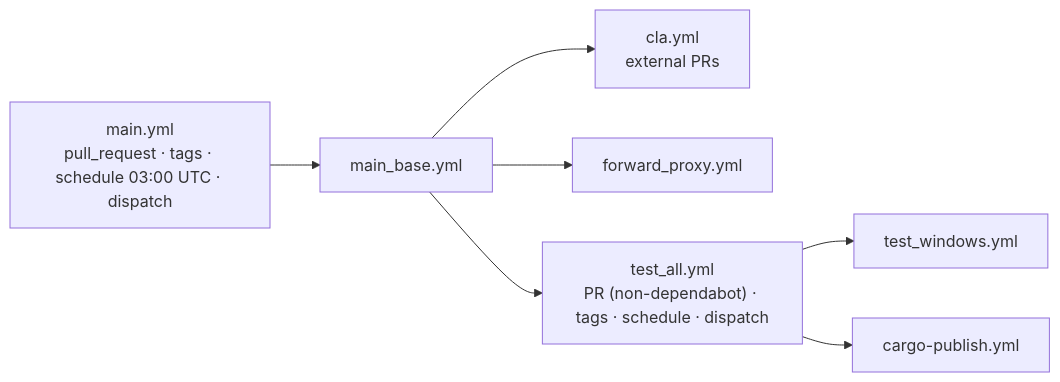
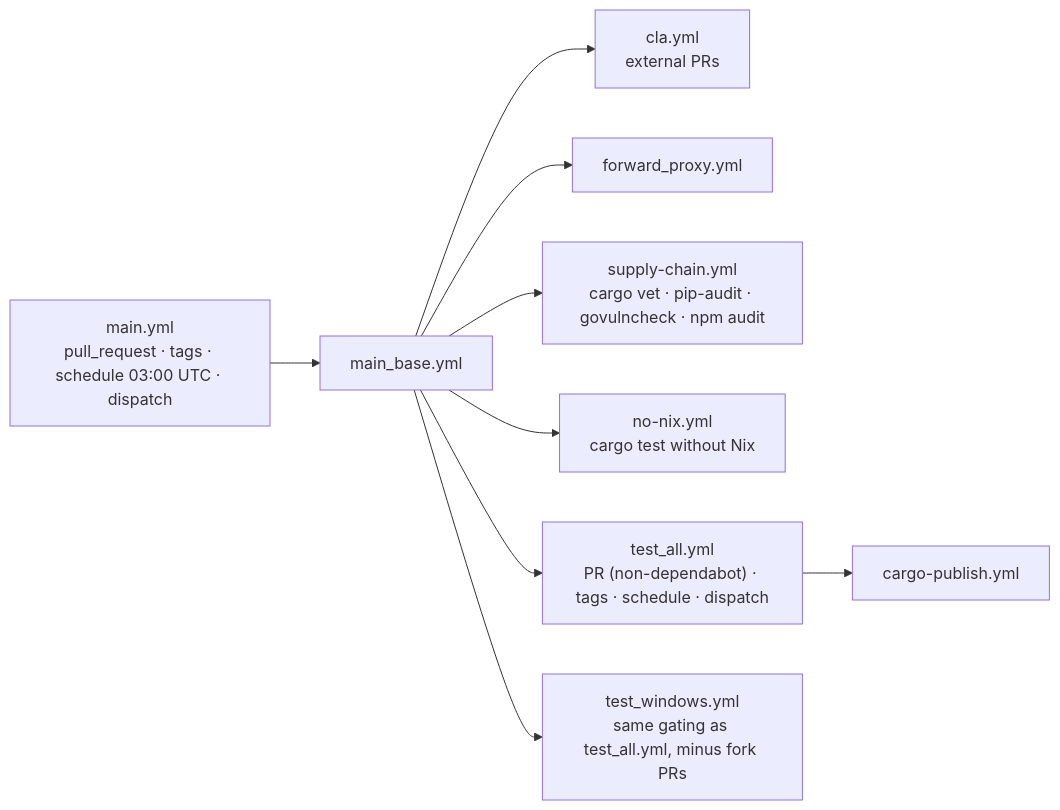
The first of 3 diagrams in .github/workflows/README_main.md (Cosmian/kms), drawn with Mermaid before and after one commit. The commit also changed other lines of this file and 8 other files, not shown here.

Commit message:
ci: group supply-chain, no-nix and windows jobs; move helm E2E to packaging-kubernetes

````diff
--- a/.github/workflows/README_main.md
+++ b/.github/workflows/README_main.md
@@ -18,13 +18,15 @@
 ```mermaid
 flowchart LR
     Main["main.yml<br/>pull_request · tags · schedule 03:00 UTC · dispatch"]
     Base["main_base.yml"]
     Cla["cla.yml<br/>external PRs"]
     Proxy["forward_proxy.yml"]
+    Supply["supply-chain.yml<br/>cargo vet · pip-audit · govulncheck · npm audit"]
+    NoNixWf["no-nix.yml<br/>cargo test without Nix"]
     TestAll["test_all.yml<br/>PR (non-dependabot) · tags · schedule · dispatch"]
-    Win["test_windows.yml"]
+    Win["test_windows.yml<br/>same gating as test_all.yml, minus fork PRs"]
     Pub["cargo-publish.yml"]
     Main --> Base
-    Base --> Cla & Proxy & TestAll
-    TestAll --> Win & Pub
+    Base --> Cla & Supply & NoNixWf & Proxy & Win & TestAll
+    TestAll --> Pub
 ```
````
